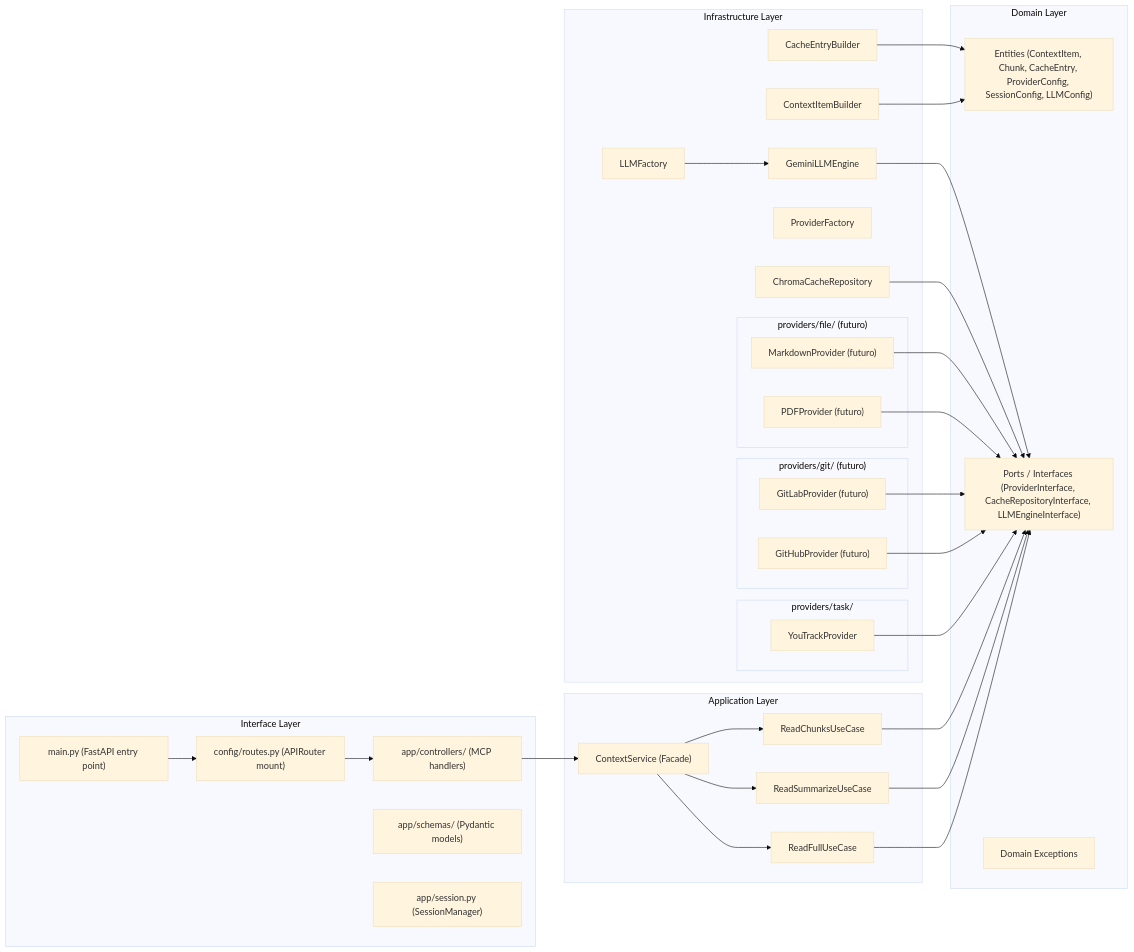
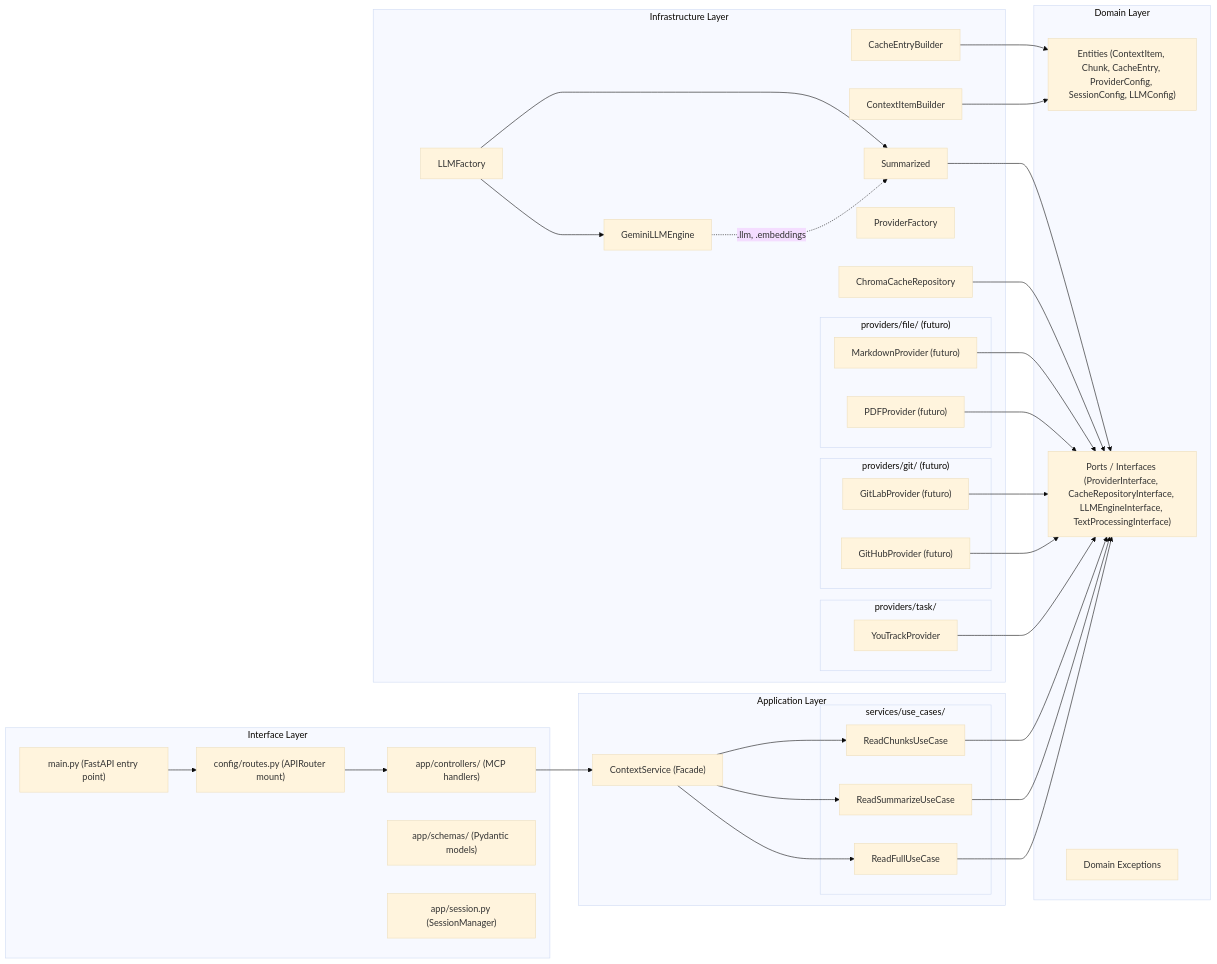
One commit to remolacho/ContextForge changed the second of 7 diagrams in .kiro/specs/contextforge/design.md. Above: the diagram before and after it, drawn with Mermaid (base theme). The commit also changed other lines of this file and 32 other files, not shown here.

````diff
--- a/.kiro/specs/contextforge/design.md
+++ b/.kiro/specs/contextforge/design.md
@@ -33,60 +33,65 @@
 ```mermaid
 graph LR
     subgraph "Interface Layer"
         MAIN["main.py (FastAPI entry point)"]
         ROUTES["config/routes.py (APIRouter mount)"]
         CTRL["app/controllers/ (MCP handlers)"]
         SCH["app/schemas/ (Pydantic models)"]
         SM["app/session.py (SessionManager)"]
     end
     subgraph "Application Layer"
         SVC["ContextService (Facade)"]
-        UC1["ReadFullUseCase"]
-        UC2["ReadSummarizeUseCase"]
-        UC3["ReadChunksUseCase"]
+        subgraph "services/use_cases/"
+            RF["ReadFullUseCase"]
+            RS["ReadSummarizeUseCase"]
+            RC["ReadChunksUseCase"]
+        end
     end
     subgraph "Domain Layer"
         E["Entities (ContextItem, Chunk, CacheEntry, ProviderConfig, SessionConfig, LLMConfig)"]
-        P["Ports / Interfaces (ProviderInterface, CacheRepositoryInterface, LLMEngineInterface)"]
+        P["Ports / Interfaces (ProviderInterface, CacheRepositoryInterface, LLMEngineInterface, TextProcessingInterface)"]
         EX["Domain Exceptions"]
     end
     subgraph "Infrastructure Layer"
         PF["ProviderFactory"]
         subgraph "providers/task/"
             YT["YouTrackProvider"]
         end
         subgraph "providers/git/ (futuro)"
             GH["GitHubProvider (futuro)"]
             GL["GitLabProvider (futuro)"]
         end
         subgraph "providers/file/ (futuro)"
             PDF["PDFProvider (futuro)"]
             MD["MarkdownProvider (futuro)"]
         end
         CH["ChromaCacheRepository"]
         GE["GeminiLLMEngine"]
+        SUM["Summarized"]
         LF["LLMFactory"]
         CB["ContextItemBuilder"]
         CEB["CacheEntryBuilder"]
     end
 
     MAIN --> ROUTES
     ROUTES --> CTRL
     CTRL --> SVC
-    SVC --> UC1
-    SVC --> UC2
-    SVC --> UC3
-    UC1 --> P
-    UC2 --> P
-    UC3 --> P
+    SVC --> RF
+    SVC --> RS
+    SVC --> RC
+    RF --> P
+    RS --> P
+    RC --> P
     YT --> P
     GH --> P
     GL --> P
     PDF --> P
     MD --> P
     CH --> P
-    GE --> P
+    GE -.->|".llm, .embeddings"| SUM
+    SUM --> P
     LF --> GE
+    LF --> SUM
     CB --> E
     CEB --> E
 ```
````
